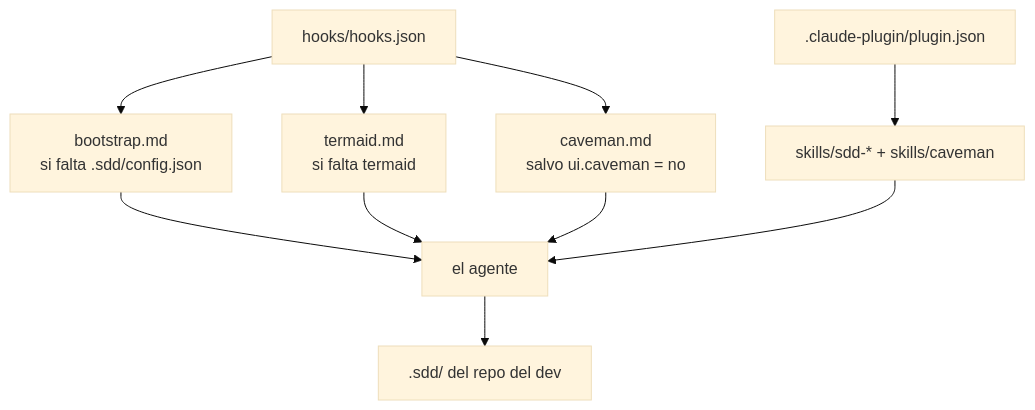
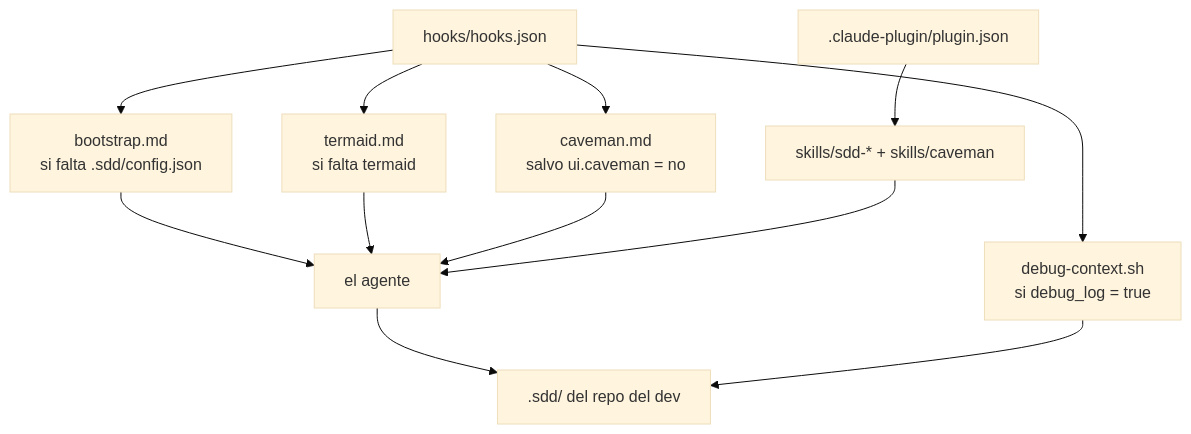
One commit to ezepaskana/sddkit changed the diagram in .sdd/c4/components.md. Above: the diagram before and after it, drawn with Mermaid (base theme). The commit also changed other lines of this file and 28 other files, not shown here.

````diff
--- a/.sdd/c4/components.md
+++ b/.sdd/c4/components.md
@@ -26,7 +27,7 @@
 ```mermaid
 flowchart TD
   manifest[".claude-plugin/plugin.json"] --> skills["skills/sdd-* + skills/caveman"]
-  hooks["hooks/hooks.json"] --> boot["bootstrap.md<br/>si falta .sdd/config.json"] & term["termaid.md<br/>si falta termaid"] & cave["caveman.md<br/>salvo ui.caveman = no"]
+  hooks["hooks/hooks.json"] --> boot["bootstrap.md<br/>si falta .sdd/config.json"] & term["termaid.md<br/>si falta termaid"] & cave["caveman.md<br/>salvo ui.caveman = no"] & debug["debug-context.sh<br/>si debug_log = true"]
   boot & term & cave & skills --> agente["el agente"]
-  agente --> estado[".sdd/ del repo del dev"]
+  agente & debug --> estado[".sdd/ del repo del dev"]
 ```
````
